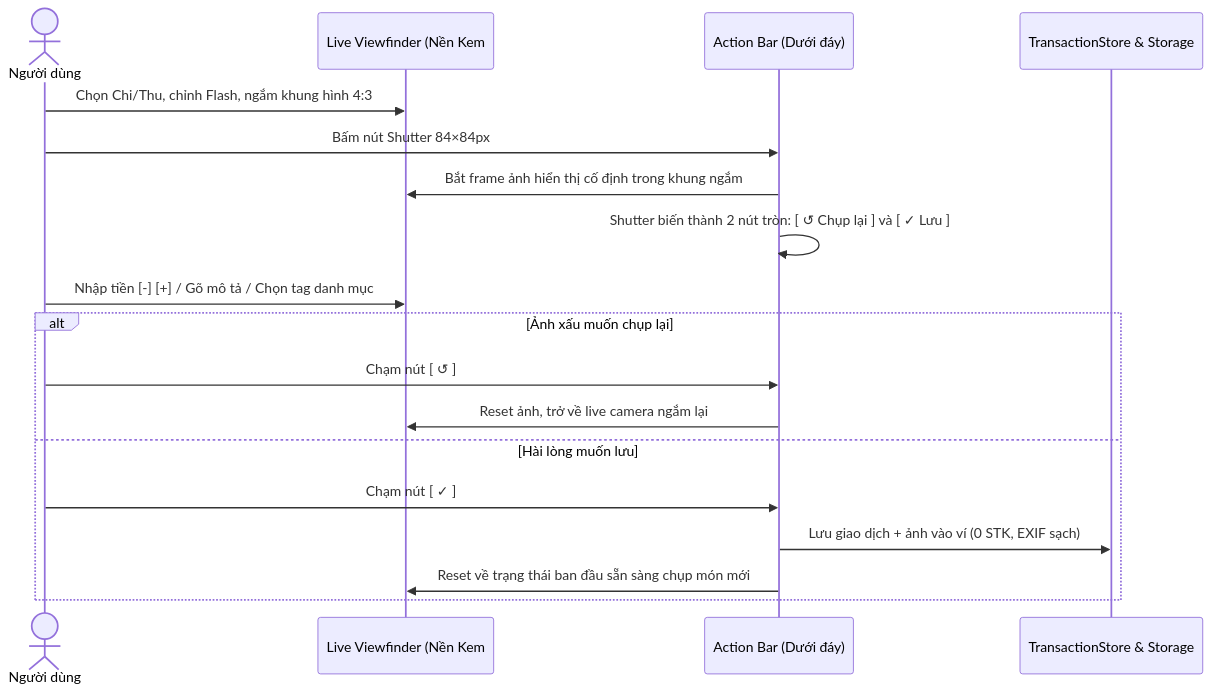
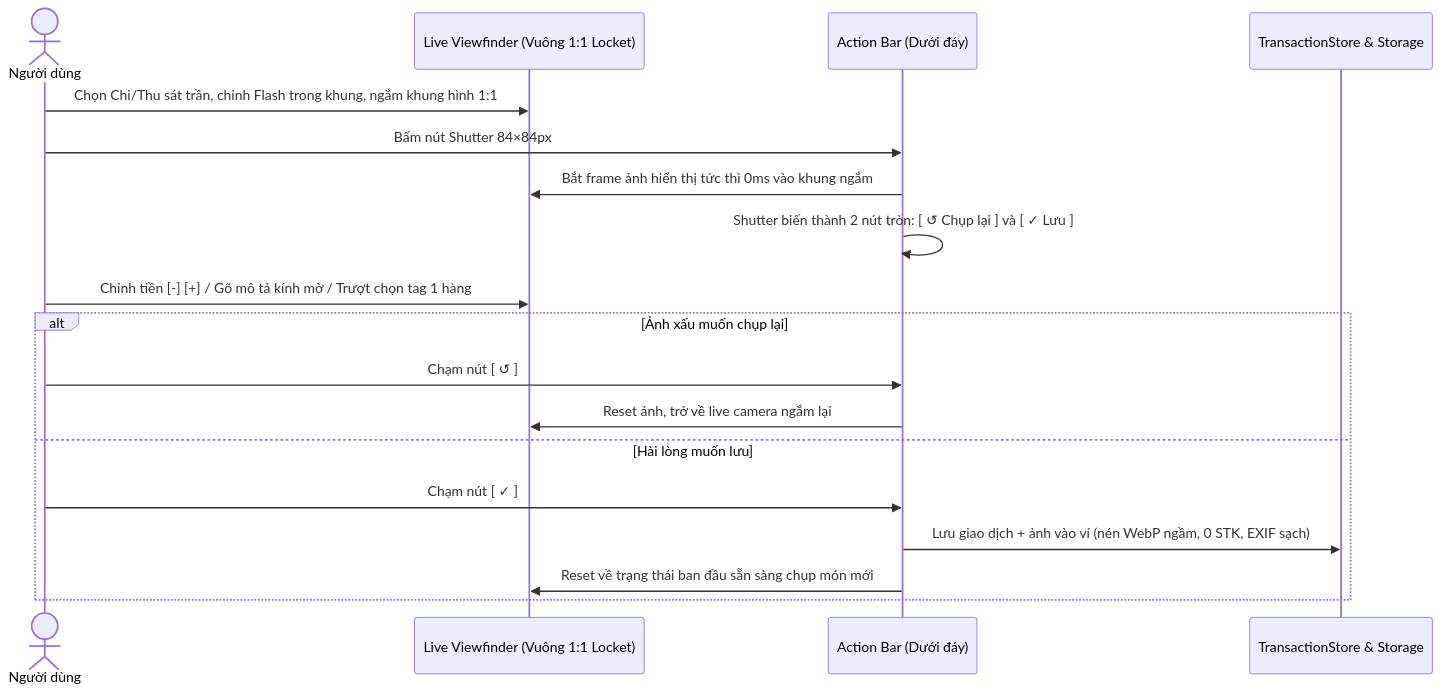
One commit to philipsgn/Kepi changed the diagram in docs/screens/heocon/09-CAMERA.md. Above: the diagram before and after it, drawn with Mermaid. The commit also changed other lines of this file and 5 other files, not shown here.

Commit message:
feat(camera): locket square 1:1 viewfinder ceiling header in-frame flash and zero latency capture

````diff
--- a/docs/screens/heocon/09-CAMERA.md
+++ b/docs/screens/heocon/09-CAMERA.md
@@ -36,21 +36,21 @@
 ```mermaid
 sequenceDiagram
     actor User as Người dùng
-    participant Cam as Live Viewfinder (Nền Kem #F6EEDC)
+    participant Cam as Live Viewfinder (Vuông 1:1 Locket)
     participant Action as Action Bar (Dưới đáy)
     participant Store as TransactionStore & Storage
 
-    User->>Cam: Chọn Chi/Thu, chỉnh Flash, ngắm khung hình 4:3
+    User->>Cam: Chọn Chi/Thu sát trần, chỉnh Flash trong khung, ngắm khung hình 1:1
     User->>Action: Bấm nút Shutter 84×84px
-    Action->>Cam: Bắt frame ảnh hiển thị cố định trong khung ngắm
+    Action->>Cam: Bắt frame ảnh hiển thị tức thì 0ms vào khung ngắm
     Action->>Action: Shutter biến thành 2 nút tròn: [ ↺ Chụp lại ] và [ ✓ Lưu ]
-    User->>Cam: Nhập tiền [-] [+] / Gõ mô tả / Chọn tag danh mục
+    User->>Cam: Chỉnh tiền [-] [+] / Gõ mô tả kính mờ / Trượt chọn tag 1 hàng
     alt Ảnh xấu muốn chụp lại
         User->>Action: Chạm nút [ ↺ ]
         Action->>Cam: Reset ảnh, trở về live camera ngắm lại
     else Hài lòng muốn lưu
         User->>Action: Chạm nút [ ✓ ]
-        Action->>Store: Lưu giao dịch + ảnh vào ví (0 STK, EXIF sạch)
+        Action->>Store: Lưu giao dịch + ảnh vào ví (nén WebP ngầm, 0 STK, EXIF sạch)
         Action->>Cam: Reset về trạng thái ban đầu sẵn sàng chụp món mới
     end
 ```
````
